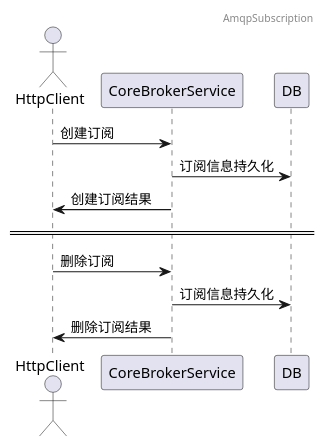
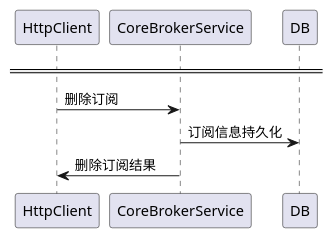
The sixth of 8 diagrams in docs/api/appendix/plantuml/core_broker.md (tkeel-io/docs), drawn with PlantUML before and after one commit. The commit also changed other lines of this file and 1 other file, not shown here.

Commit message:
feat: update data use plantuml

````diff
--- a/docs/api/appendix/plantuml/core_broker.md
+++ b/docs/api/appendix/plantuml/core_broker.md
@@ -34,19 +104,8 @@
 ```plantuml
 @startuml
-header AmqpSubscription
-
-actor HttpClient
-participant CoreBrokerService
-participant DB
-
-
-HttpClient->CoreBrokerService:创建订阅
-CoreBrokerService->DB:订阅信息持久化
-CoreBrokerService->HttpClient:创建订阅结果
 ====
 HttpClient->CoreBrokerService:删除订阅
 CoreBrokerService->DB:订阅信息持久化
 CoreBrokerService->HttpClient:删除订阅结果
-
 @enduml
 ```
````
